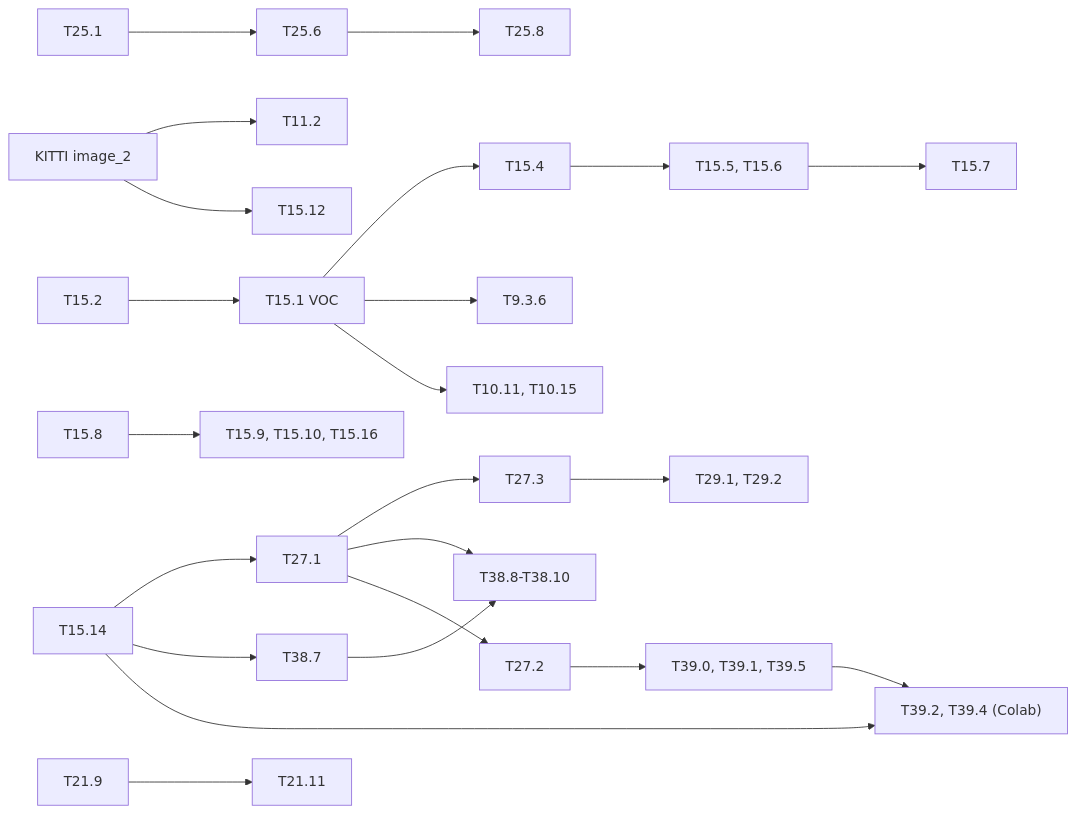
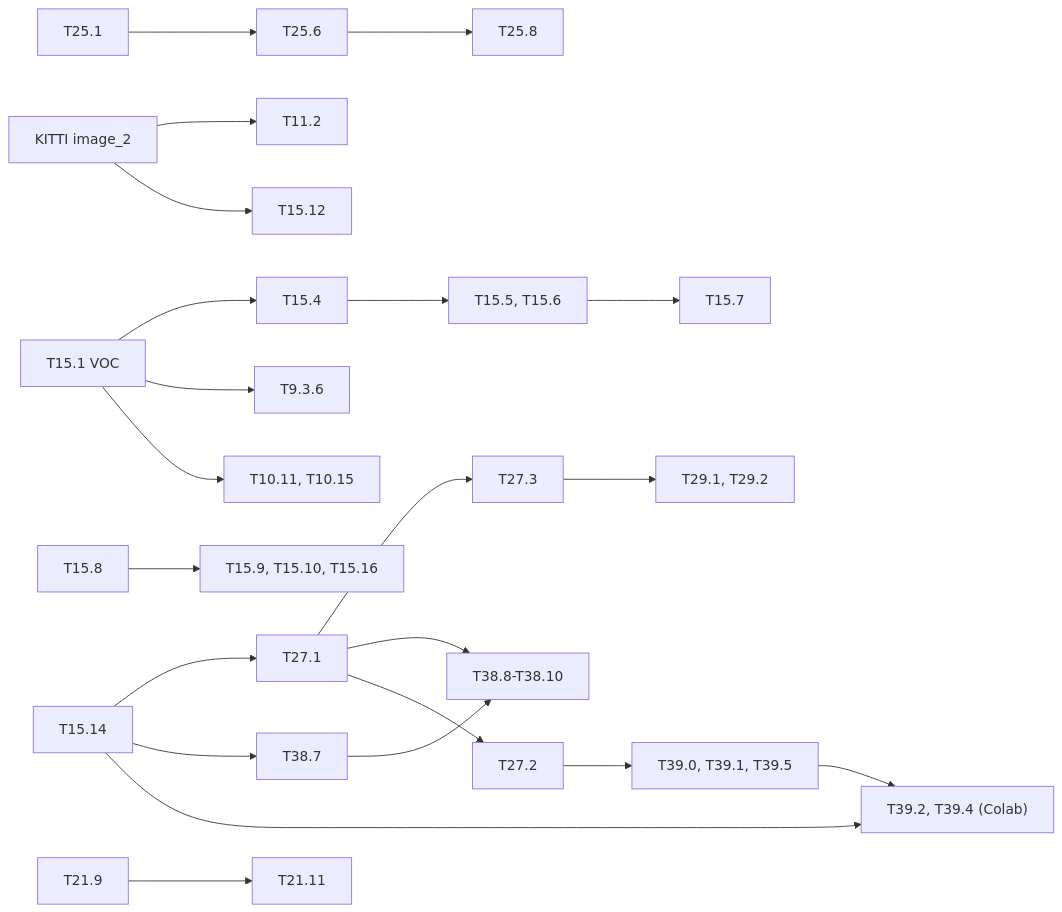
One commit to lrivals/EmbeddedComputervision changed the diagram in docs/tasks/long-runs.md. Above: the diagram before and after it, drawn with Mermaid. The commit also changed other lines of this file and 3 other files, not shown here.

````diff
--- a/docs/tasks/long-runs.md
+++ b/docs/tasks/long-runs.md
@@ -162,14 +161,14 @@
 ```mermaid
 graph LR
   T1514[T15.14] --> T271[T27.1] --> T273[T27.3] --> T29["T29.1, T29.2"]
   T251[T25.1] --> T256[T25.6] --> T258[T25.8]
   KITTI["KITTI image_2"] --> T112[T11.2] & T1512[T15.12]
-  T152[T15.2] --> T151["T15.1 VOC"] --> T154[T15.4] --> T155["T15.5, T15.6"] --> T157[T15.7]
+  T151["T15.1 VOC"] --> T154[T15.4] --> T155["T15.5, T15.6"] --> T157[T15.7]
   T151 --> T936[T9.3.6] & T1011["T10.11, T10.15"]
   T158[T15.8] --> T159["T15.9, T15.10, T15.16"]
   T219[T21.9] --> T2111[T21.11]
   T1514 --> T387[T38.7] --> T388["T38.8-T38.10"]
   T271 --> T388
   T271 --> T272[T27.2] --> T39["T39.0, T39.1, T39.5"] --> T392["T39.2, T39.4 (Colab)"]
   T1514 --> T392
 ```
````
